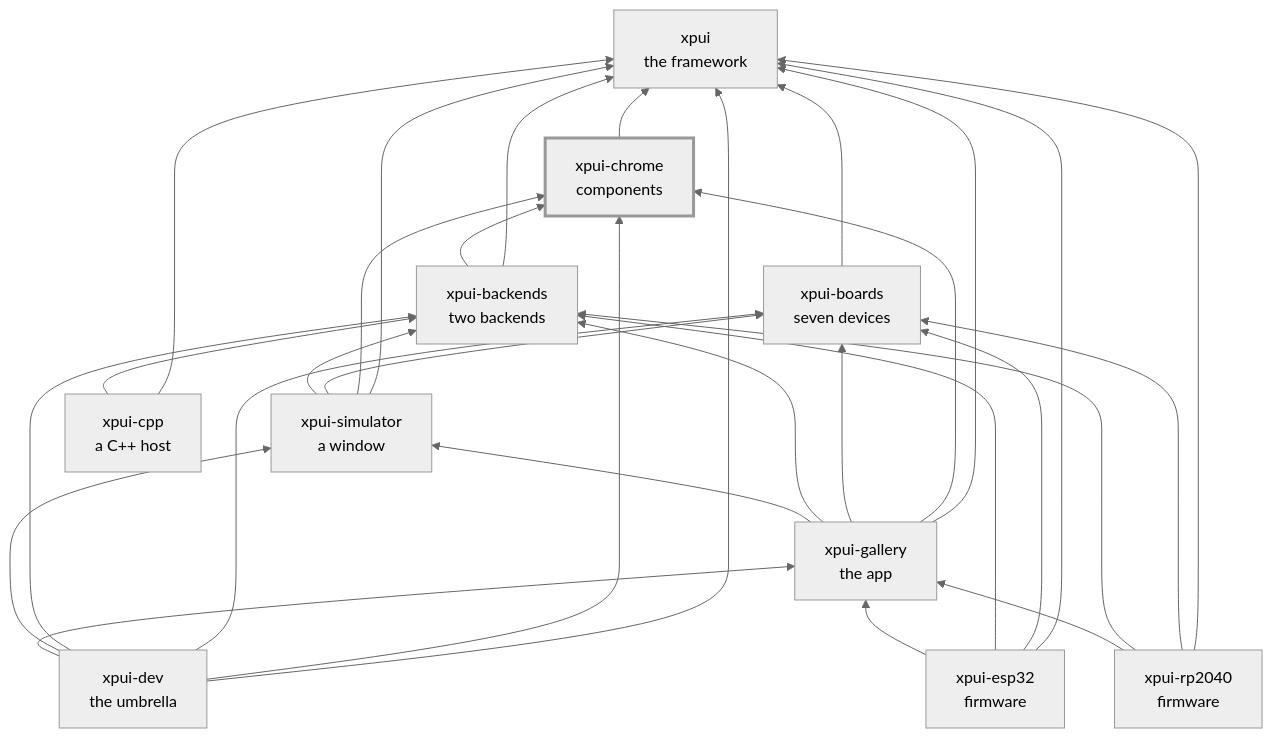
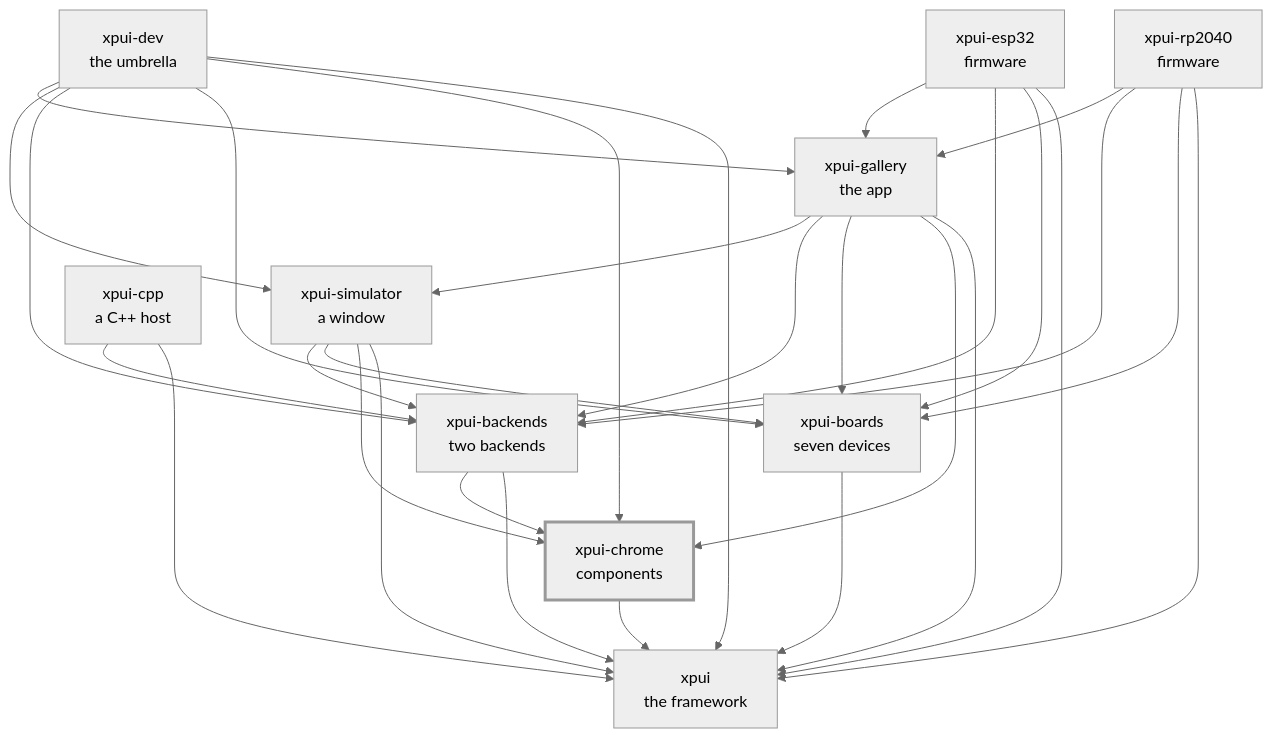
Before and after one commit to XPUI-Framework/xpui-chrome: the diagram in README.md, drawn with Mermaid (neutral theme). The commit also changed other lines of this file and 18 other files, not shown here.

````diff
--- a/README.md
+++ b/README.md
@@ -81,43 +80,43 @@
 ```mermaid
-flowchart BT
+flowchart TD
   xpui["xpui<br/>the framework"]
   chrome["xpui-chrome<br/>components"]
   boards["xpui-boards<br/>seven devices"]
   backends["xpui-backends<br/>two backends"]
   simulator["xpui-simulator<br/>a window"]
   gallery["xpui-gallery<br/>the app"]
   rp2040["xpui-rp2040<br/>firmware"]
   esp32["xpui-esp32<br/>firmware"]
   cpp["xpui-cpp<br/>a C++ host"]
   dev["xpui-dev<br/>the umbrella"]
   chrome --> xpui
   boards --> xpui
   backends --> xpui
   backends --> chrome
   simulator --> xpui
   simulator --> chrome
   simulator --> boards
   simulator --> backends
   gallery --> xpui
   gallery --> chrome
   gallery --> boards
   gallery --> backends
   gallery --> simulator
   rp2040 --> xpui
   rp2040 --> boards
   rp2040 --> backends
   rp2040 --> gallery
   esp32 --> xpui
   esp32 --> boards
   esp32 --> backends
   esp32 --> gallery
   cpp --> xpui
   cpp --> backends
   dev --> xpui
   dev --> chrome
   dev --> boards
   dev --> backends
   dev --> simulator
   dev --> gallery
   style chrome stroke-width:3px
 ```
````
